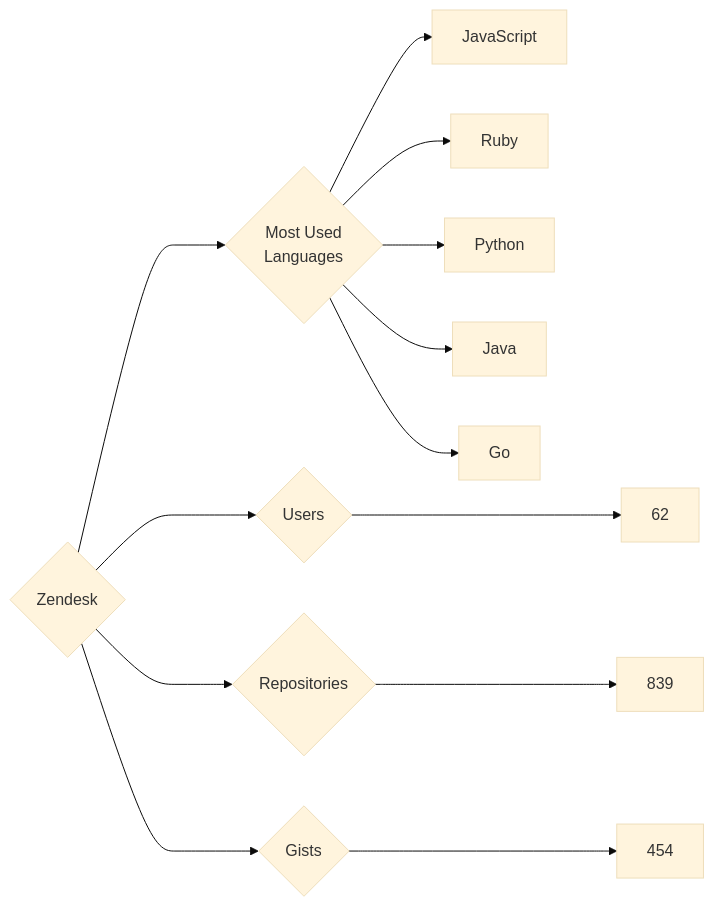
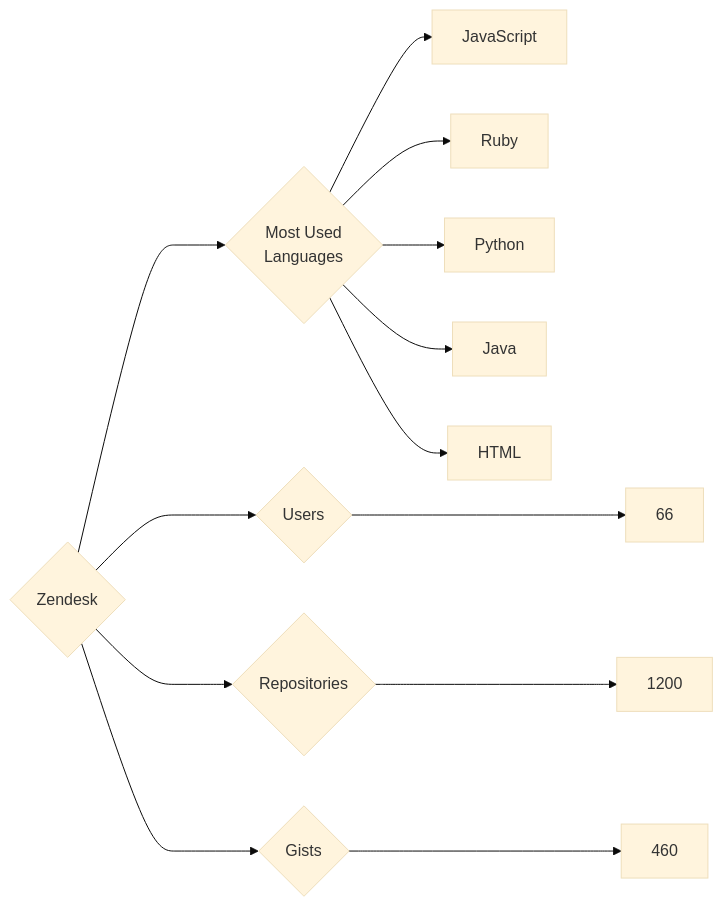
Before and after one commit to trickest/insiders: the diagram in targets/Zendesk/README.md, drawn with Mermaid (base theme). The commit also changed 969 other files, not shown here.

````diff
--- a/targets/Zendesk/README.md
+++ b/targets/Zendesk/README.md
@@ -3,13 +3,13 @@
 ```mermaid
 graph LR
 COMPANY_NAME{Zendesk}
-COMPANY_NAME ---> U{Users} ---> UN[62]
-COMPANY_NAME ---> R{Repositories} ---> RN[839]
-COMPANY_NAME ---> G{Gists} ---> GN[454]
+COMPANY_NAME ---> U{Users} ---> UN[66]
+COMPANY_NAME ---> R{Repositories} ---> RN[1200]
+COMPANY_NAME ---> G{Gists} ---> GN[460]
 COMPANY_NAME ---> ML{Most Used<br>Languages}
 ML --> JavaScript[JavaScript]
 ML --> Ruby[Ruby]
 ML --> Python[Python]
 ML --> Java[Java]
-ML --> Go[Go]
+ML --> HTML[HTML]
 ```
````
